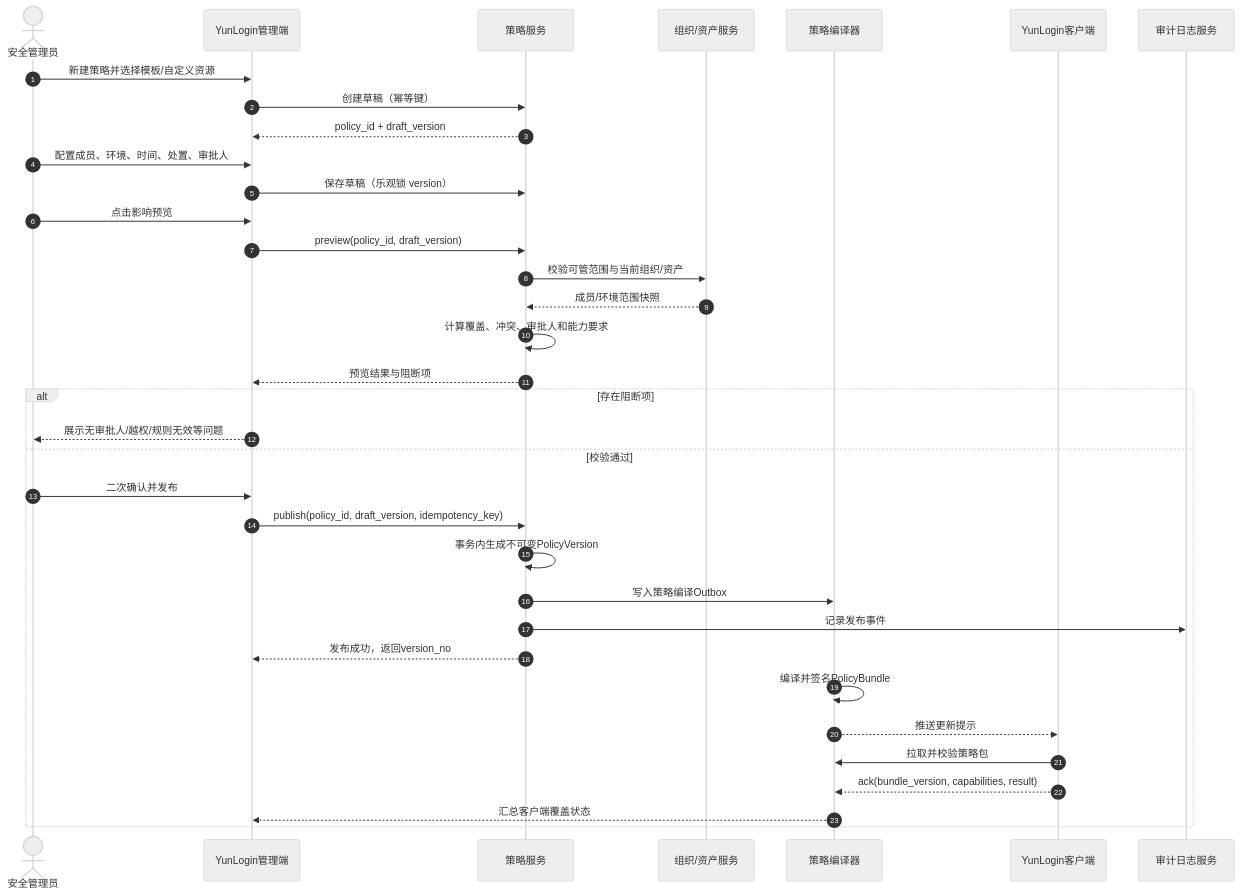
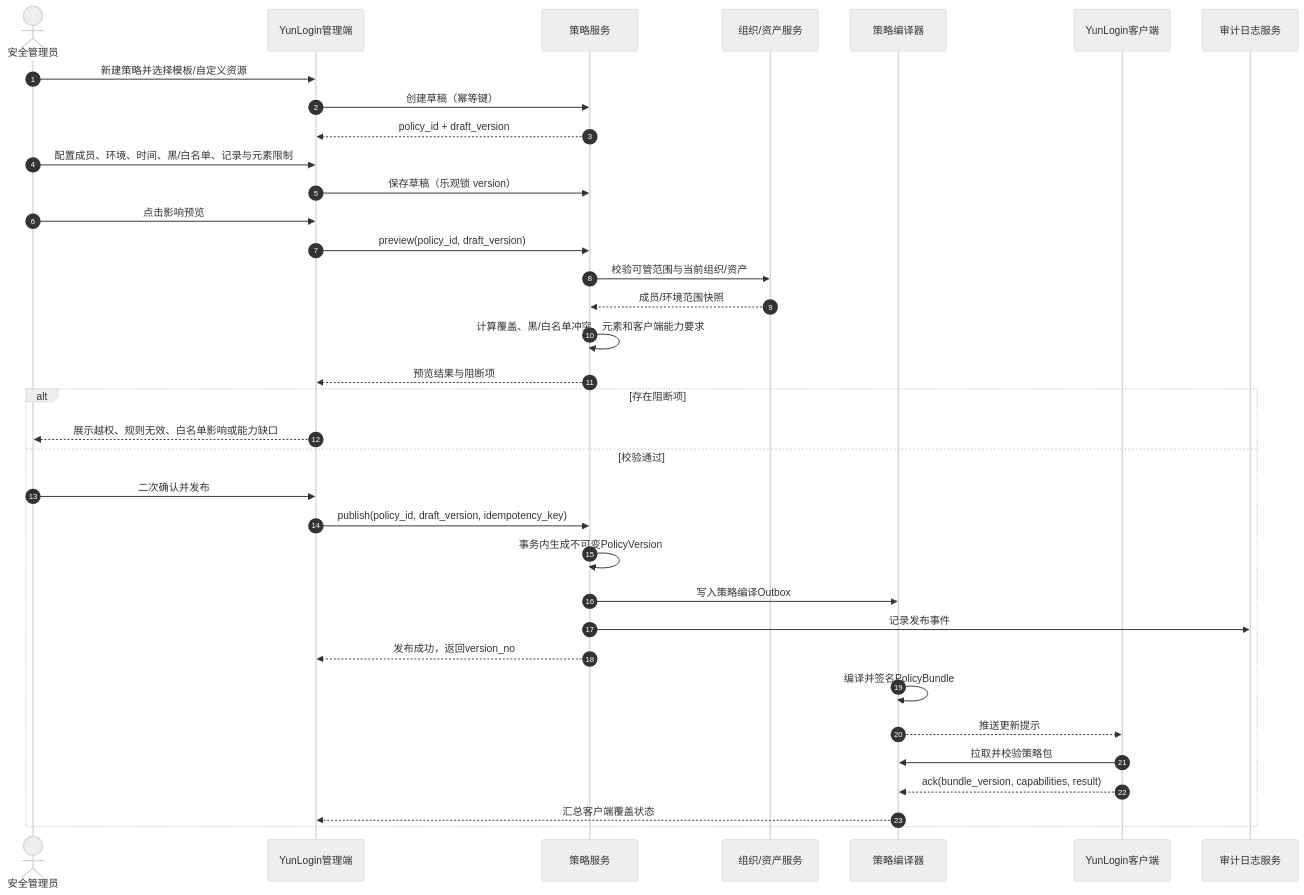
Before and after one commit to muze0123/yundeng-web: the second of 8 diagrams in PRD/安全策略/03-YunLogin安全策略业务流程.md, drawn with Mermaid (neutral theme). The commit also changed other lines of this file and 12 other files, not shown here.

````diff
--- a/PRD/安全策略/03-YunLogin安全策略业务流程.md
+++ b/PRD/安全策略/03-YunLogin安全策略业务流程.md
@@ -98,38 +99,38 @@
 ```mermaid
 sequenceDiagram
     autonumber
     actor Admin as 安全管理员
     participant UI as YunLogin管理端
     participant Policy as 策略服务
     participant Org as 组织/资产服务
     participant Compiler as 策略编译器
     participant Client as YunLogin客户端
     participant Log as 审计日志服务
 
     Admin->>UI: 新建策略并选择模板/自定义资源
     UI->>Policy: 创建草稿（幂等键）
     Policy-->>UI: policy_id + draft_version
-    Admin->>UI: 配置成员、环境、时间、处置、审批人
+    Admin->>UI: 配置成员、环境、时间、黑/白名单、记录与元素限制
     UI->>Policy: 保存草稿（乐观锁 version）
     Admin->>UI: 点击影响预览
     UI->>Policy: preview(policy_id, draft_version)
     Policy->>Org: 校验可管范围与当前组织/资产
     Org-->>Policy: 成员/环境范围快照
-    Policy->>Policy: 计算覆盖、冲突、审批人和能力要求
+    Policy->>Policy: 计算覆盖、黑/白名单冲突、元素和客户端能力要求
     Policy-->>UI: 预览结果与阻断项
     alt 存在阻断项
-        UI-->>Admin: 展示无审批人/越权/规则无效等问题
+        UI-->>Admin: 展示越权、规则无效、白名单影响或能力缺口
     else 校验通过
         Admin->>UI: 二次确认并发布
         UI->>Policy: publish(policy_id, draft_version, idempotency_key)
         Policy->>Policy: 事务内生成不可变PolicyVersion
         Policy->>Compiler: 写入策略编译Outbox
         Policy->>Log: 记录发布事件
         Policy-->>UI: 发布成功，返回version_no
         Compiler->>Compiler: 编译并签名PolicyBundle
         Compiler-->>Client: 推送更新提示
         Client->>Compiler: 拉取并校验策略包
         Client-->>Compiler: ack(bundle_version, capabilities, result)
         Compiler-->>UI: 汇总客户端覆盖状态
     end
 ```
````
